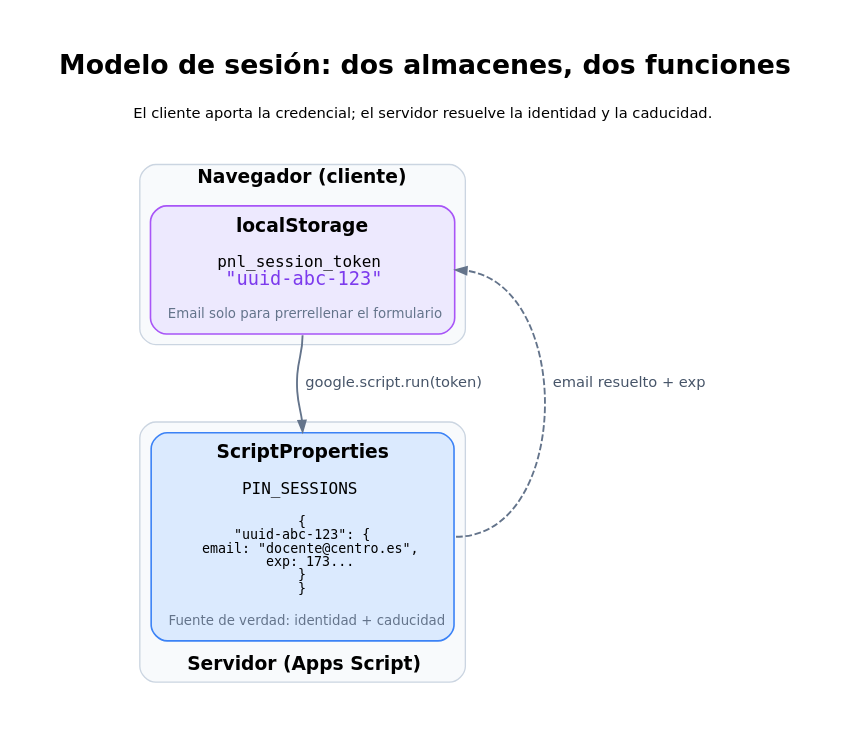
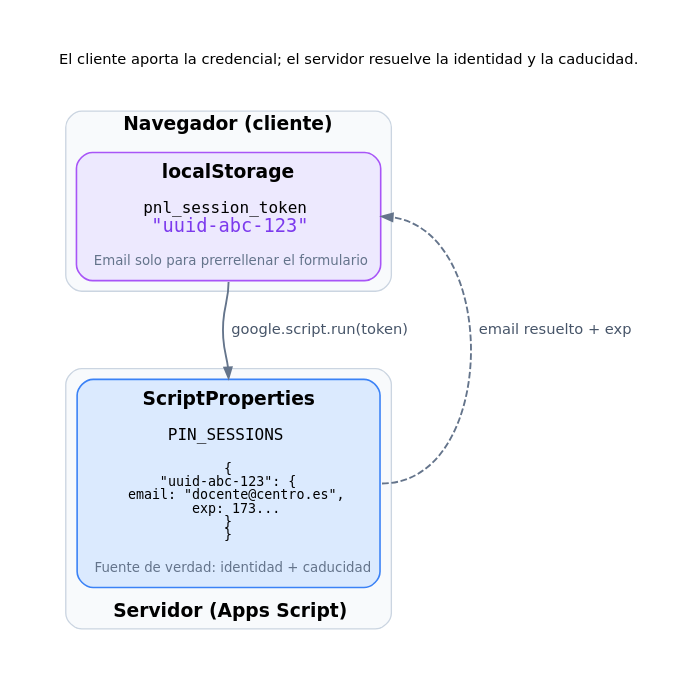
One commit to pfelipm/panel-dedicacion-no-lectiva changed the diagram in docs/images/session-model.dot. Above: the diagram before and after it, drawn with Graphviz. The commit also changed 3 other files, not shown here.

First line of the commit message:
docs: quitar títulos redundantes de los diagramas

```diff
--- a/docs/images/session-model.dot
+++ b/docs/images/session-model.dot
@@ -1,60 +1,60 @@
 digraph SessionModel {
   graph [
     rankdir=TB,
     bgcolor="white",
     pad="0.40",
     nodesep="0.50",
     ranksep="0.85",
     fontname="DejaVu Sans",
-    label=<<B>Modelo de sesión: dos almacenes, dos funciones</B><BR/><BR/><FONT POINT-SIZE="11">El cliente aporta la credencial; el servidor resuelve la identidad y la caducidad.</FONT><BR/><BR/>>,
+    label=<<FONT POINT-SIZE="11">El cliente aporta la credencial; el servidor resuelve la identidad y la caducidad.</FONT><BR/><BR/>>,
     labelloc="t",
     fontsize=20
   ];
 
   node [
     shape=box,
     style="rounded,filled",
     fontname="DejaVu Sans",
     fontsize=14,
     margin="0.18,0.12",
     penwidth=1.2
   ];
 
   edge [
     color="#64748b",
     penwidth=1.4,
     arrowsize=0.8,
     fontname="DejaVu Sans",
     fontsize=11,
     fontcolor="#475569"
   ];
 
   subgraph cluster_client {
     label=<<B>Navegador (cliente)</B>>;
     labelloc="t";
     labeljust="c";
     fontname="DejaVu Sans";
     fontsize=14;
     color="#cbd5e1";
     style="rounded";
     bgcolor="#f8fafc";
 
     local [label=<<B>localStorage</B><BR/><BR/><FONT FACE="DejaVu Sans Mono" POINT-SIZE="12">pnl_session_token</FONT><BR/><FONT FACE="DejaVu Sans Mono" COLOR="#7c3aed" POINT-SIZE="14">"uuid-abc-123"</FONT><BR/><BR/><FONT POINT-SIZE="10" COLOR="#64748b">Email solo para prerrellenar el formulario</FONT>>, fillcolor="#ede9fe", color="#a855f7"];
   }
 
   subgraph cluster_server {
     label=<<B>Servidor (Apps Script)</B>>;
     labelloc="b";
     labeljust="c";
     fontname="DejaVu Sans";
     fontsize=14;
     color="#cbd5e1";
     style="rounded";
     bgcolor="#f8fafc";
 
     props [label=<<B>ScriptProperties</B><BR/><BR/><FONT FACE="DejaVu Sans Mono" POINT-SIZE="12">PIN_SESSIONS</FONT><BR/><BR/><FONT FACE="DejaVu Sans Mono" POINT-SIZE="10">{<BR/>  "uuid-abc-123": {<BR/>    email: "docente@centro.es",<BR/>    exp: 173...<BR/>  }<BR/>}</FONT><BR/><BR/><FONT POINT-SIZE="10" COLOR="#64748b">Fuente de verdad: identidad + caducidad</FONT>>, fillcolor="#dbeafe", color="#3b82f6"];
   }
 
   local:s -> props:n [label="  google.script.run(token)  ", labeljust="l"];
   props:e -> local:e [label="  email resuelto + exp  ", style=dashed, constraint=false, labeljust="r"];
 }
```
